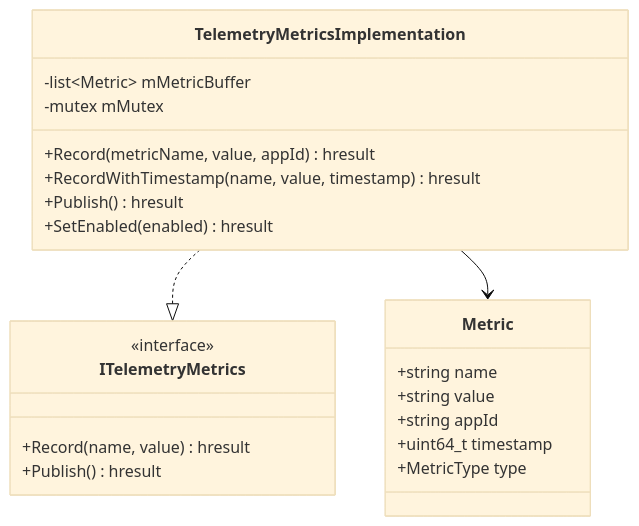
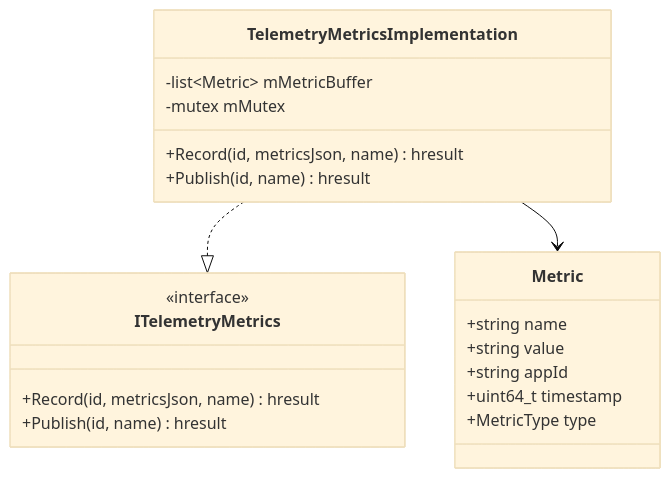
The second of 4 diagrams in TelemetryMetrics/TelemetryMetrics.md (rdkcentral/entservices-appmanagers), drawn with Mermaid (base theme) before and after one commit. The commit also changed other lines of this file, not shown here.

Commit message:
telemetrics doc update

````diff
--- a/TelemetryMetrics/TelemetryMetrics.md
+++ b/TelemetryMetrics/TelemetryMetrics.md
@@ -65,28 +65,26 @@
 ```mermaid
 classDiagram
     class TelemetryMetricsImplementation {
         -list~Metric~ mMetricBuffer
         -mutex mMutex
-        +Record(metricName, value, appId) hresult
-        +RecordWithTimestamp(name, value, timestamp) hresult
-        +Publish() hresult
-        +SetEnabled(enabled) hresult
+        +Record(id, metricsJson, name) hresult
+        +Publish(id, name) hresult
     }
 
     class Metric {
         +string name
         +string value
         +string appId
         +uint64_t timestamp
         +MetricType type
     }
 
     class ITelemetryMetrics {
         <<interface>>
-        +Record(name, value) hresult
-        +Publish() hresult
+        +Record(id, metricsJson, name) hresult
+        +Publish(id, name) hresult
     }
 
     TelemetryMetricsImplementation ..|> ITelemetryMetrics
     TelemetryMetricsImplementation --> Metric
 ```
````
